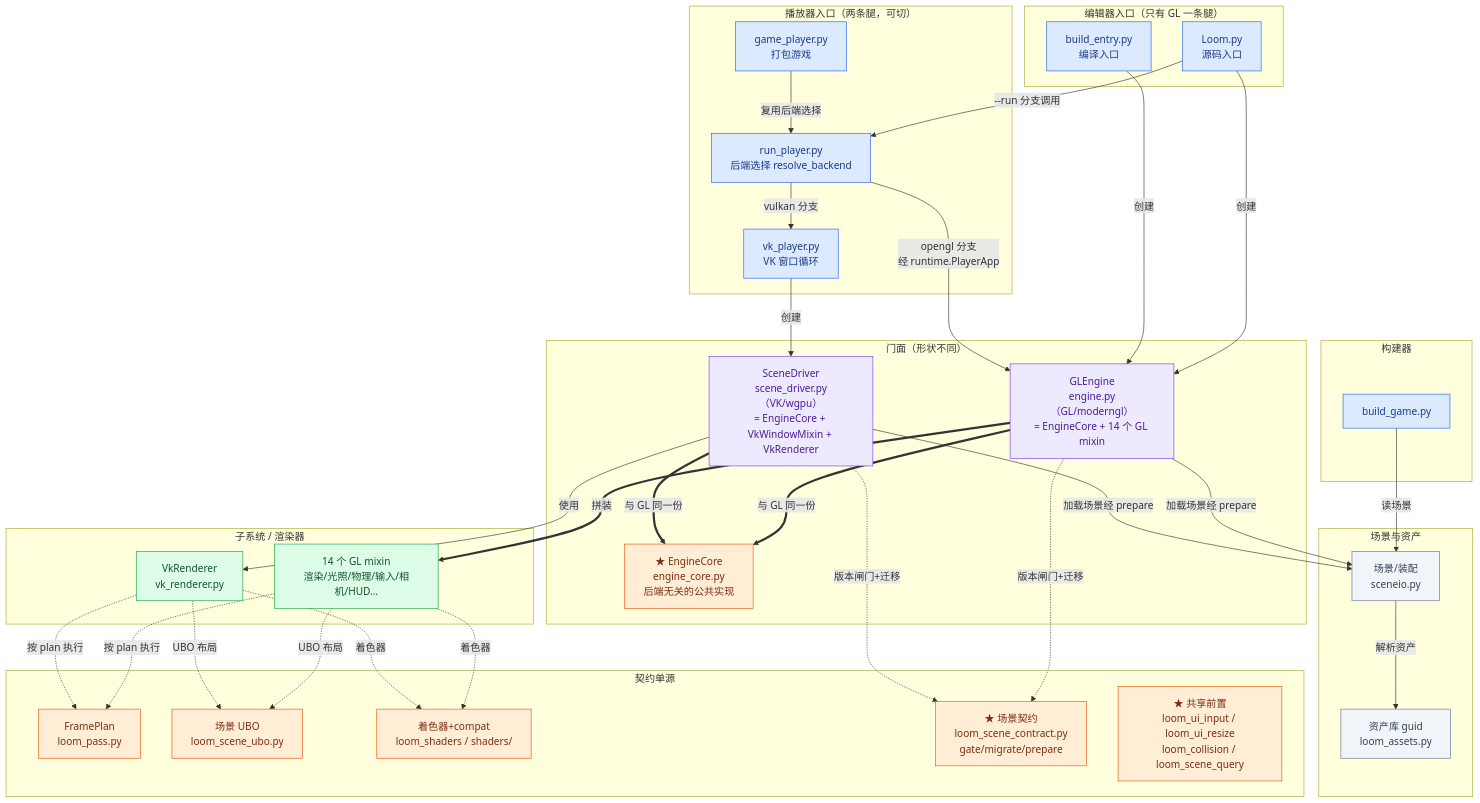
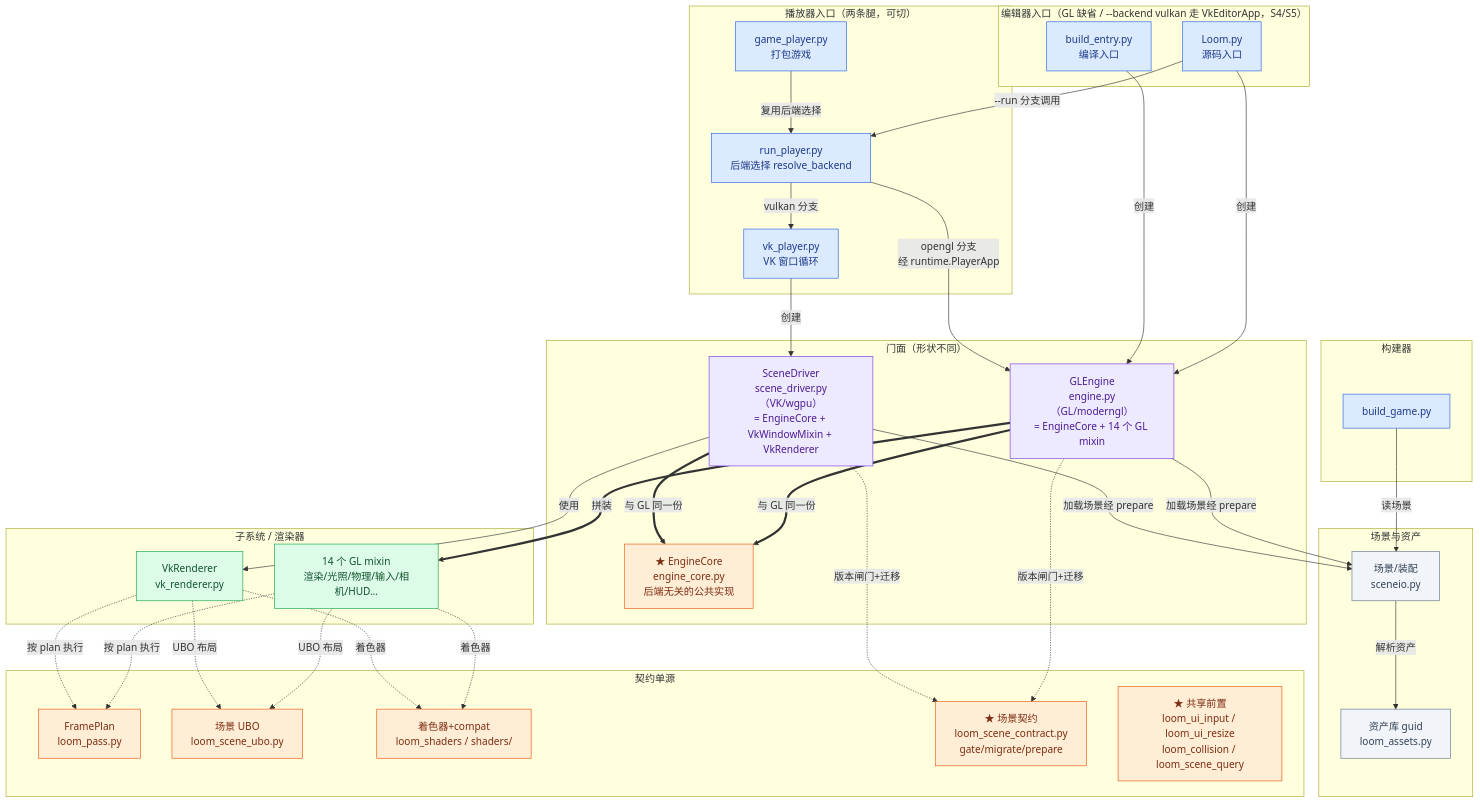
One commit to lhy302/WeaveEngine changed the first of 23 diagrams in ARCHITECTURE.md. Above: the diagram before and after it, drawn with Mermaid. The commit also changed other lines of this file and 9 other files, not shown here.

````diff
--- a/ARCHITECTURE.md
+++ b/ARCHITECTURE.md
@@ -74,63 +74,63 @@
 ```mermaid
 flowchart TB
-  subgraph EDENT["编辑器入口（只有 GL 一条腿）"]
+  subgraph EDENT["编辑器入口（GL 缺省 / --backend vulkan 走 VkEditorApp，S4/S5）"]
     A1["Loom.py<br/>源码入口"]:::entry
     A2["build_entry.py<br/>编译入口"]:::entry
   end
   subgraph PLENT["播放器入口（两条腿，可切）"]
     A3["run_player.py<br/>后端选择 resolve_backend"]:::entry
     A4["game_player.py<br/>打包游戏"]:::entry
     A5["vk_player.py<br/>VK 窗口循环"]:::entry
   end
   subgraph TOOL["构建器"]
     A6["build_game.py"]:::entry
   end
   subgraph FACADE["门面（形状不同）"]
     B1["GLEngine<br/>engine.py（GL/moderngl）<br/>= EngineCore + 14 个 GL mixin"]:::facade
     B2["SceneDriver<br/>scene_driver.py（VK/wgpu）<br/>= EngineCore + VkWindowMixin + VkRenderer"]:::facade
     B0["★ EngineCore<br/>engine_core.py<br/>后端无关的公共实现"]:::contract
   end
   subgraph IMPL["子系统 / 渲染器"]
     C1["14 个 GL mixin<br/>渲染/光照/物理/输入/相机/HUD…"]:::impl
     C2["VkRenderer<br/>vk_renderer.py"]:::impl
   end
   subgraph CONTRACT["契约单源"]
     D1["FramePlan<br/>loom_pass.py"]:::contract
     D2["场景 UBO<br/>loom_scene_ubo.py"]:::contract
     D3["着色器+compat<br/>loom_shaders / shaders/"]:::contract
     D4["★ 场景契约<br/>loom_scene_contract.py<br/>gate/migrate/prepare"]:::contract
     D5["★ 共享前置<br/>loom_ui_input / loom_ui_resize<br/>loom_collision / loom_scene_query"]:::contract
   end
   subgraph DATA["场景与资产"]
     E1["场景/装配<br/>sceneio.py"]:::file
     E2["资产库 guid<br/>loom_assets.py"]:::file
   end
   A1 -->|创建| B1
   A2 -->|创建| B1
   A1 -->|--run 分支调用| A3
   A4 -->|复用后端选择| A3
   A3 -->|opengl 分支<br/>经 runtime.PlayerApp| B1
   A3 -->|vulkan 分支| A5
   A5 -->|创建| B2
   A6 -->|读场景| E1
   B1 ==>|拼装| C1
   B2 -->|使用| C2
   B1 ==>|与 GL 同一份| B0
   B2 ==>|与 GL 同一份| B0
   B1 -->|加载场景经 prepare| E1
   B2 -->|加载场景经 prepare| E1
   B1 -.->|版本闸门+迁移| D4
   B2 -.->|版本闸门+迁移| D4
   C1 -.->|按 plan 执行| D1
   C2 -.->|按 plan 执行| D1
   C1 -.->|UBO 布局| D2
   C2 -.->|UBO 布局| D2
   C1 -.->|着色器| D3
   C2 -.->|着色器| D3
   E1 -->|解析资产| E2
   classDef entry fill:#dbeafe,stroke:#2563eb,color:#1e3a8a
   classDef facade fill:#ede9fe,stroke:#7c3aed,color:#4c1d95
   classDef impl fill:#dcfce7,stroke:#16a34a,color:#14532d
   classDef contract fill:#ffedd5,stroke:#ea580c,color:#7c2d12
   classDef file fill:#f1f5f9,stroke:#64748b,color:#334155
 ```
````
